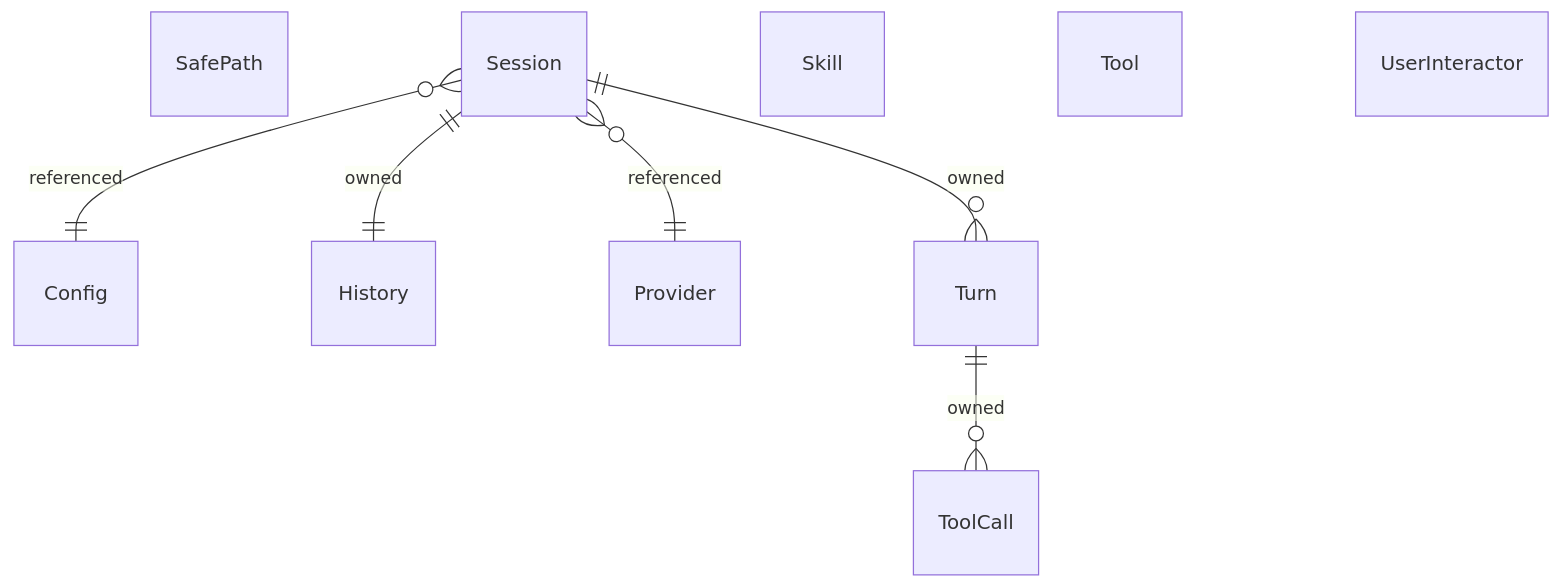
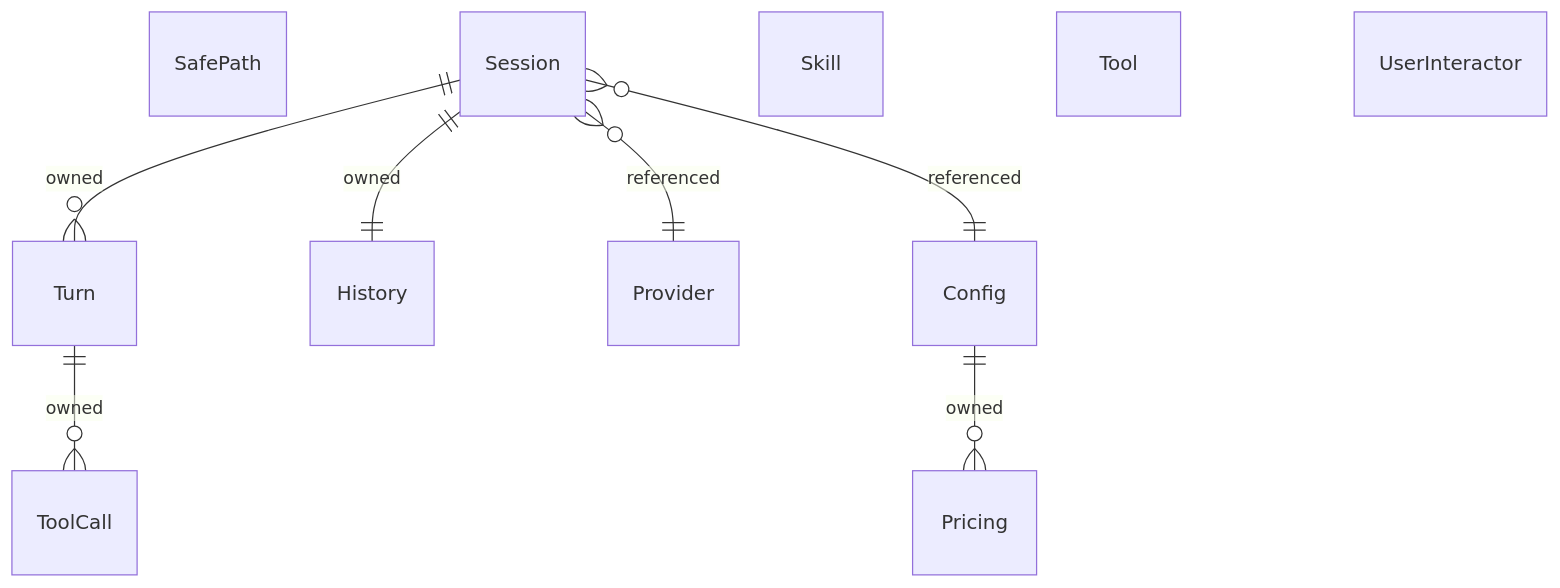
Before and after one commit to gosharplite/tell-me-go: the diagram in docs/domain-model/tell-me-go.modelith.md, drawn with Mermaid. The commit also changed other lines of this file and 2 other files, not shown here.

First line of the commit message:
docs(domain-model): add Pricing entity and cost-auditing scenario

````diff
--- a/docs/domain-model/tell-me-go.modelith.md
+++ b/docs/domain-model/tell-me-go.modelith.md
@@ -229,18 +251,20 @@
 ```mermaid
 erDiagram
     Config {}
     History {}
+    Pricing {}
     Provider {}
     SafePath {}
     Session {}
     Skill {}
     Tool {}
     ToolCall {}
     Turn {}
     UserInteractor {}
+    Config ||--o{ Pricing : "owned"
     Session ||--o{ Turn : "owned"
     Session }o--|| Config : "referenced"
     Session }o--|| Provider : "referenced"
     Session ||--|| History : "owned"
     Turn ||--o{ ToolCall : "owned"
 ```
````
